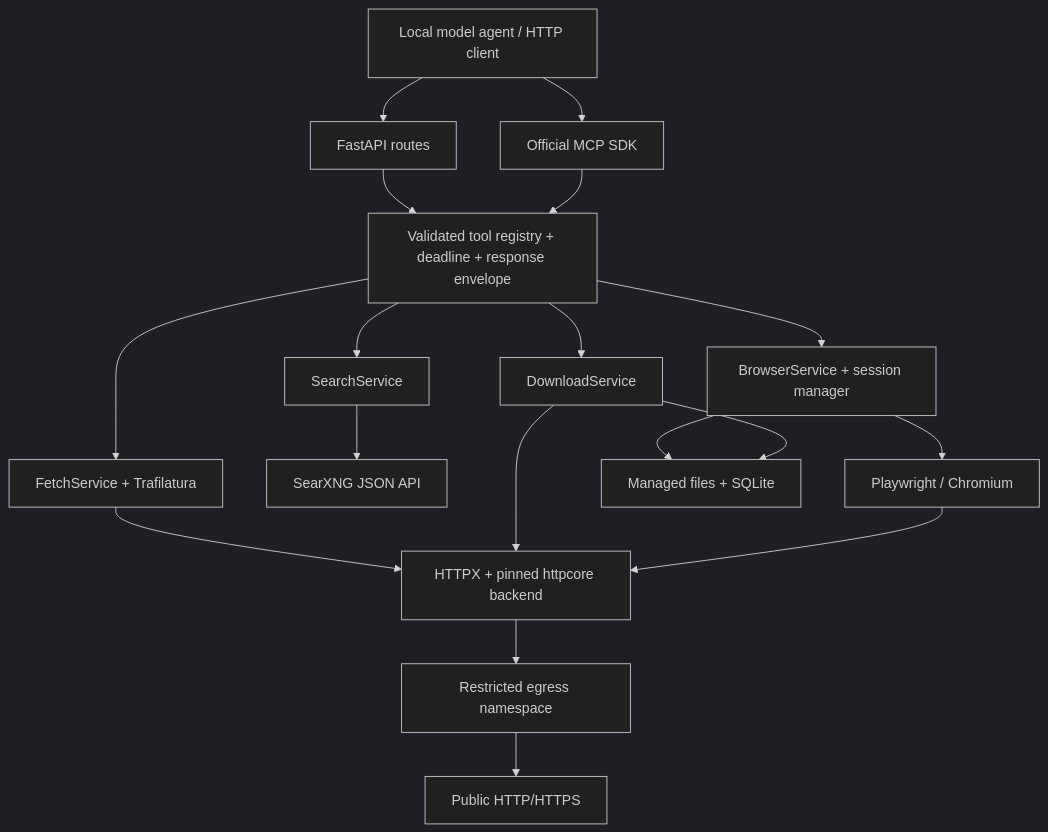
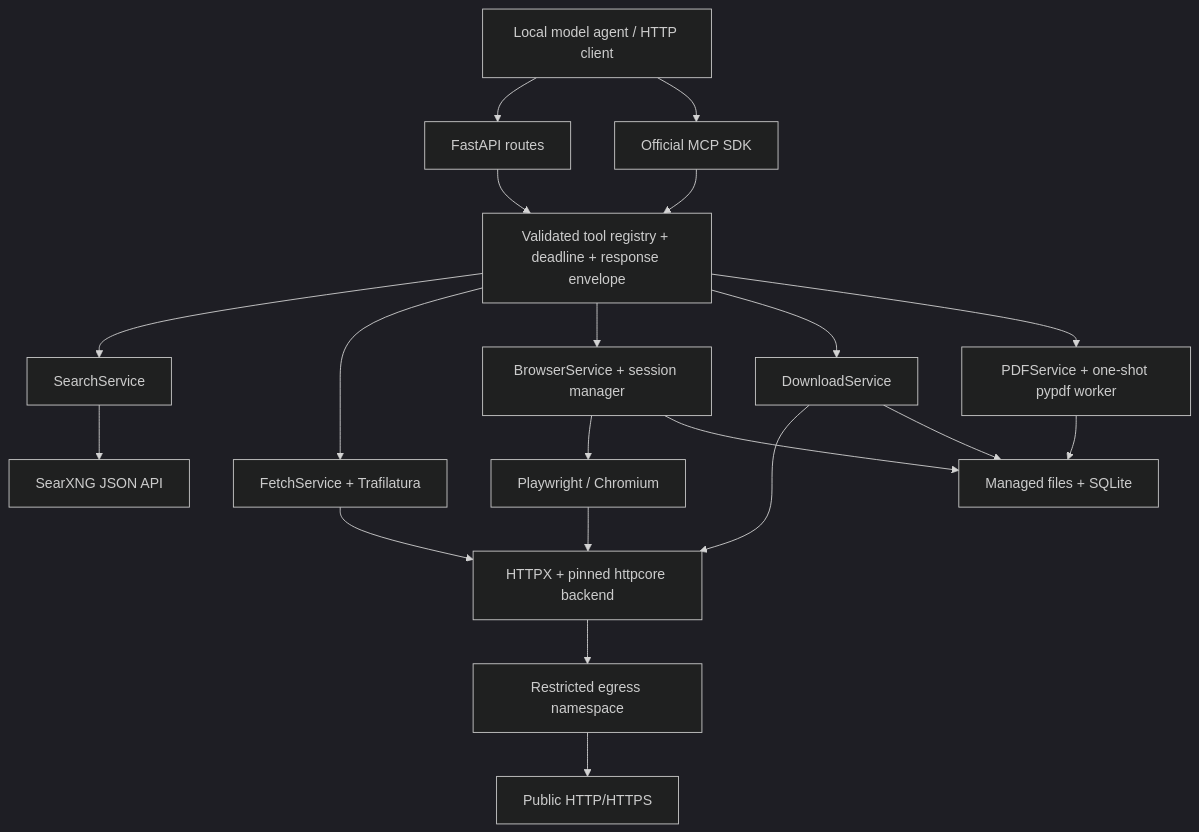
Before and after one commit to christopherplummer/CommonTools: the diagram in self-hosted-web-tools/docs/architecture.md, drawn with Mermaid (dark theme). The commit also changed other lines of this file and 20 other files, not shown here.

````diff
--- a/self-hosted-web-tools/docs/architecture.md
+++ b/self-hosted-web-tools/docs/architecture.md
@@ -8,20 +8,22 @@
 ```mermaid
 flowchart TD
     Client[Local model agent / HTTP client] --> REST[FastAPI routes]
     Client --> MCP[Official MCP SDK]
     REST --> Registry[Validated tool registry + deadline + response envelope]
     MCP --> Registry
     Registry --> Search[SearchService]
     Registry --> Fetch[FetchService + Trafilatura]
     Registry --> Browser[BrowserService + session manager]
     Registry --> Download[DownloadService]
+    Registry --> PDF[PDFService + one-shot pypdf worker]
     Search --> SearXNG[SearXNG JSON API]
     Fetch --> SafeHTTP[HTTPX + pinned httpcore backend]
     Download --> SafeHTTP
     Browser --> Chromium[Playwright / Chromium]
     Chromium --> SafeHTTP
     Browser --> Files[Managed files + SQLite]
     Download --> Files
+    PDF --> Files
     SafeHTTP --> Firewall[Restricted egress namespace]
     Firewall --> Internet[Public HTTP/HTTPS]
 ```
````
